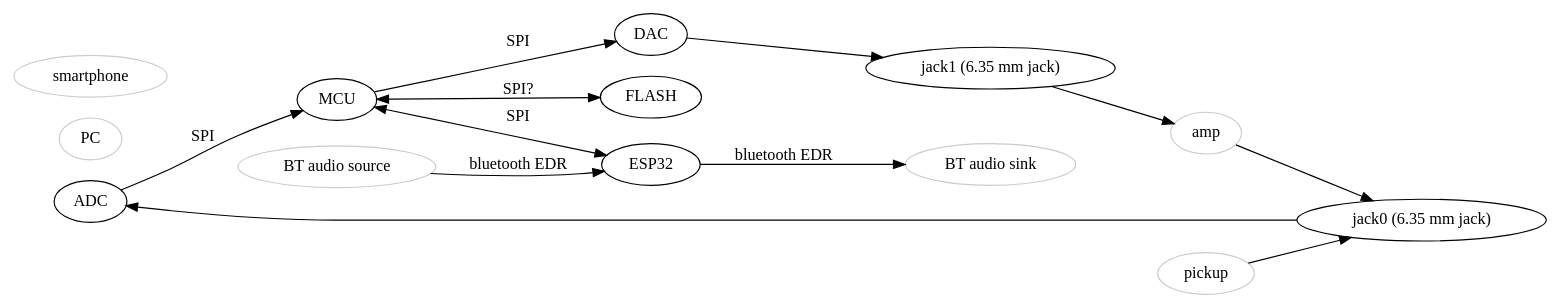
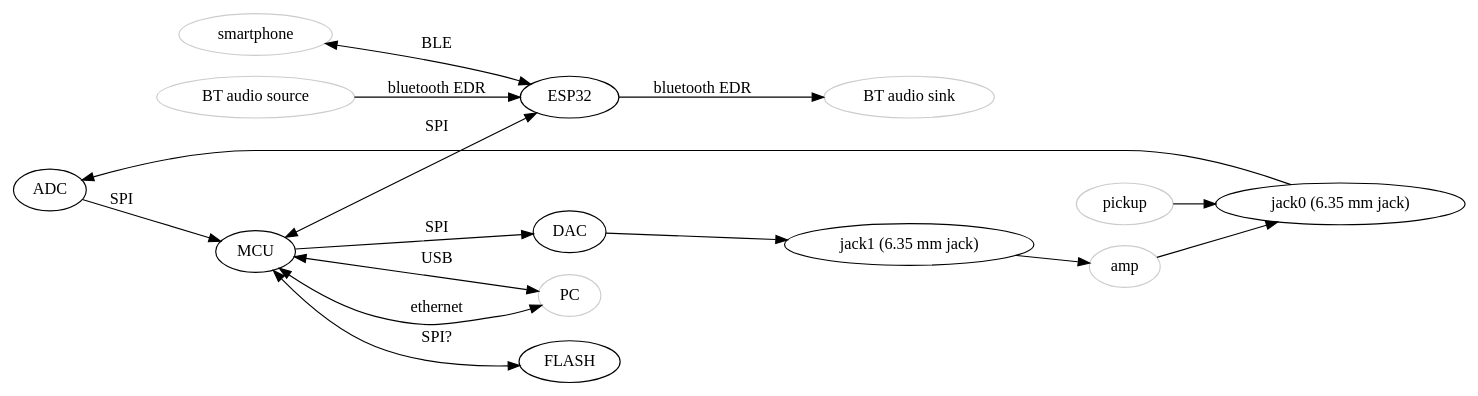
One commit to chuck1/bluetooth_audio_source changed the diagram in graph/block.dot. Above: the diagram before and after it, drawn with Graphviz. The commit also changed 1 other file, not shown here.

```diff
--- a/graph/block.dot
+++ b/graph/block.dot
@@ -1,39 +1,42 @@
 digraph
 {
 	rankdir=LR;	
 
 	ADC
 	MCU
 	ESP32
 	DAC
 	FLASH
 	JACK0 [label="jack0 (6.35 mm jack)"];
 	JACK1 [label="jack1 (6.35 mm jack)"];
 
 	PICKUP [label="pickup"; color="#cccccc"];
 	AMP [label="amp"; color="#cccccc"];
 	BT_sink [label="BT audio sink"; color="#cccccc"];
 	BT_source [label="BT audio source"; color="#cccccc"];
 	PC [label="PC"; color="#cccccc"];
 	SMARTPHONE [label="smartphone"; color="#cccccc"];
 
 	ADC -> MCU [label="SPI"];
 	MCU -> DAC [label="SPI"];
 
 	MCU -> ESP32 [label="SPI";dir=both];
 	MCU -> FLASH [label="SPI?";dir=both];
 	
 	// IN
 	BT_source -> ESP32 [label="bluetooth EDR"]
 	
 	PICKUP -> JACK0
 	AMP -> JACK0
 	JACK0 -> ADC
 	
 	// OUT
 	ESP32 -> BT_sink [label="bluetooth EDR"]
 	DAC -> JACK1 -> AMP
-	
 
-	
+	// both
+	SMARTPHONE -> ESP32 [label="BLE", dir=both];
+	MCU -> PC [label="ethernet", dir=both];
+	MCU -> PC [label="USB", dir=both];
+
 }
```
